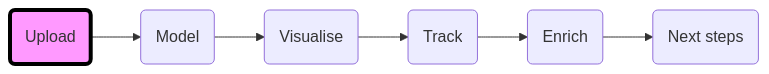
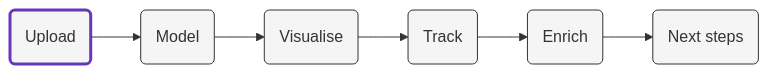
One commit to snowplow/advanced-analytics-web-accelerator changed the diagram in content/upload/_index.md. Above: the diagram before and after it, drawn with Mermaid. The commit also changed other lines of this file and 86 other files, not shown here.

```diff
--- a/content/upload/_index.md
+++ b/content/upload/_index.md
@@ -13,5 +11,10 @@
 {{<mermaid>}}
 flowchart LR
     id1(Upload)-->id2(Model)-->id3(Visualise)-->id4(Track)-->id5(Enrich)-->id6(Next steps)
-    style id1 fill:#f9f,stroke:#000,stroke-width:4px
+    style id1 fill:#f5f5f5,stroke:#6638B8,stroke-width:3px
+    style id5 fill:#f5f5f5,stroke:#333,stroke-width:1px
+    style id3 fill:#f5f5f5,stroke:#333,stroke-width:1px
+    style id4 fill:#f5f5f5,stroke:#333,stroke-width:1px
+    style id2 fill:#f5f5f5,stroke:#333,stroke-width:1px
+    style id6 fill:#f5f5f5,stroke:#333,stroke-width:1px
 {{</mermaid >}}
```
